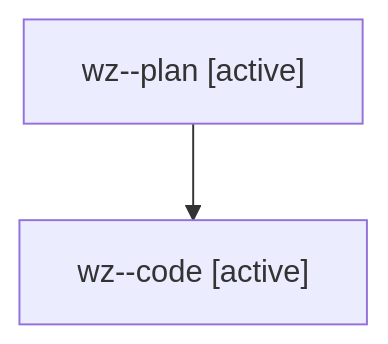
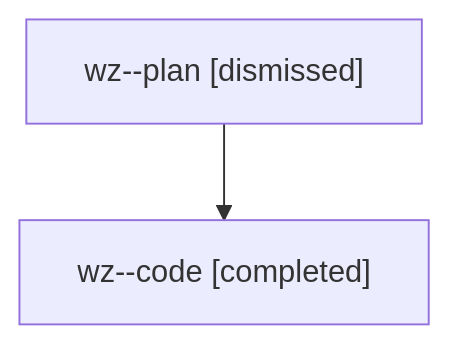
The diagram in families/bbugyi200.athena.wz.md (sase-org/sase--agents), drawn with Mermaid before and after one commit. The commit also changed other lines of this file and 2170 other files, not shown here.

````diff
--- a/families/bbugyi200.athena.wz.md
+++ b/families/bbugyi200.athena.wz.md
@@ -9,6 +9,6 @@
 ```mermaid
 flowchart TD
-  n0["wz--plan [active]"]
-  n1["wz--code [active]"]
+  n0["wz--plan [dismissed]"]
+  n1["wz--code [completed]"]
   n0 --> n1
 ```
````
